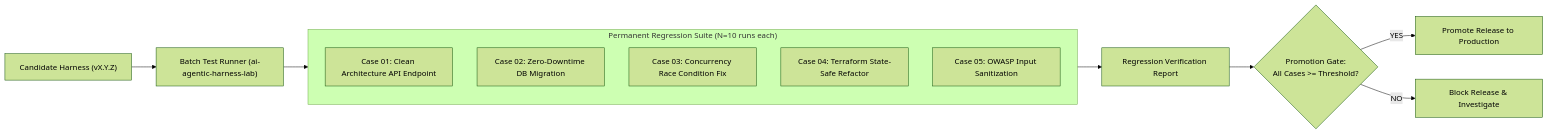
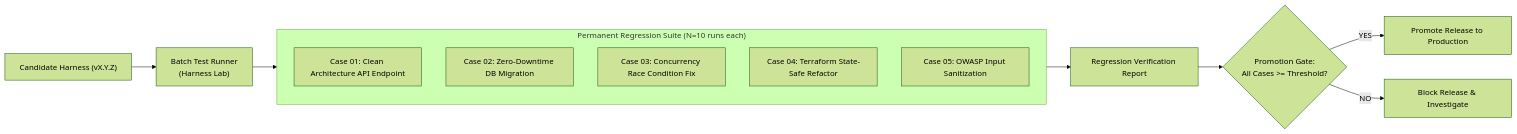
Before and after one commit to marcosdh1987/harness-engineering-guide: the second of 3 diagrams in docs/en/evaluation/regression-suites.md, drawn with Mermaid (forest theme). The commit also changed other lines of this file and 120 other files, not shown here.

````diff
--- a/docs/en/evaluation/regression-suites.md
+++ b/docs/en/evaluation/regression-suites.md
@@ -33,18 +33,18 @@
 ```mermaid
 flowchart LR
-    CAND["Candidate Harness (vX.Y.Z)"] --> RUNNER["Batch Test Runner (ai-agentic-harness-lab)"]
+    CAND["Candidate Harness (vX.Y.Z)"] --> RUNNER["Batch Test Runner<br/>(Harness Lab)"]
     
     subgraph SUITE["Permanent Regression Suite (N=10 runs each)"]
         CASE1["Case 01: Clean Architecture API Endpoint"]
         CASE2["Case 02: Zero-Downtime DB Migration"]
         CASE3["Case 03: Concurrency Race Condition Fix"]
         CASE4["Case 04: Terraform State-Safe Refactor"]
         CASE5["Case 05: OWASP Input Sanitization"]
     end
 
     RUNNER --> SUITE
     SUITE --> REPORT["Regression Verification Report"]
     REPORT --> GATE{"Promotion Gate:<br/>All Cases >= Threshold?"}
     GATE -->|"YES"| PASS["Promote Release to Production"]
     GATE -->|"NO"| BLOCK["Block Release & Investigate"]
 ```
````
